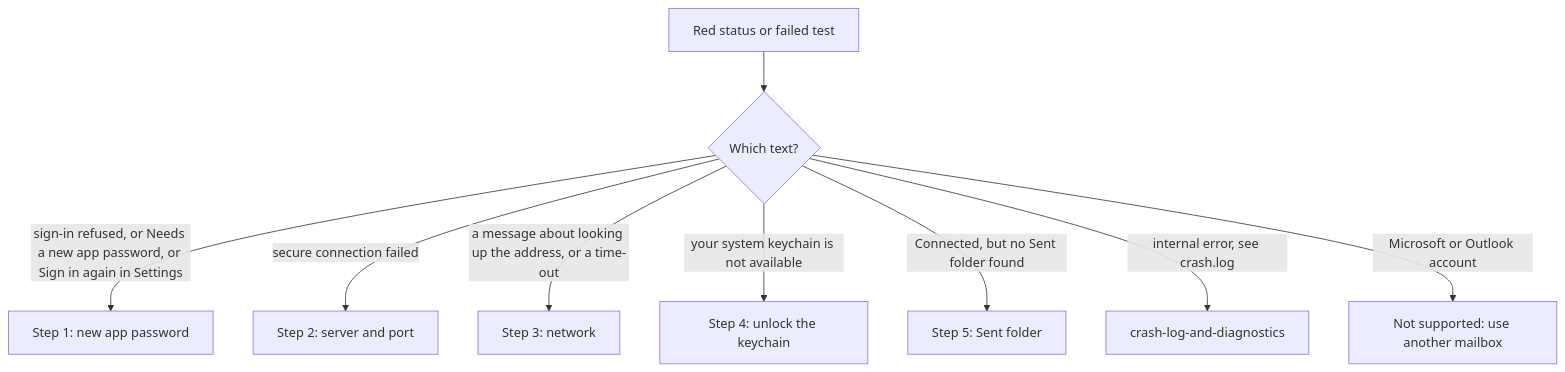
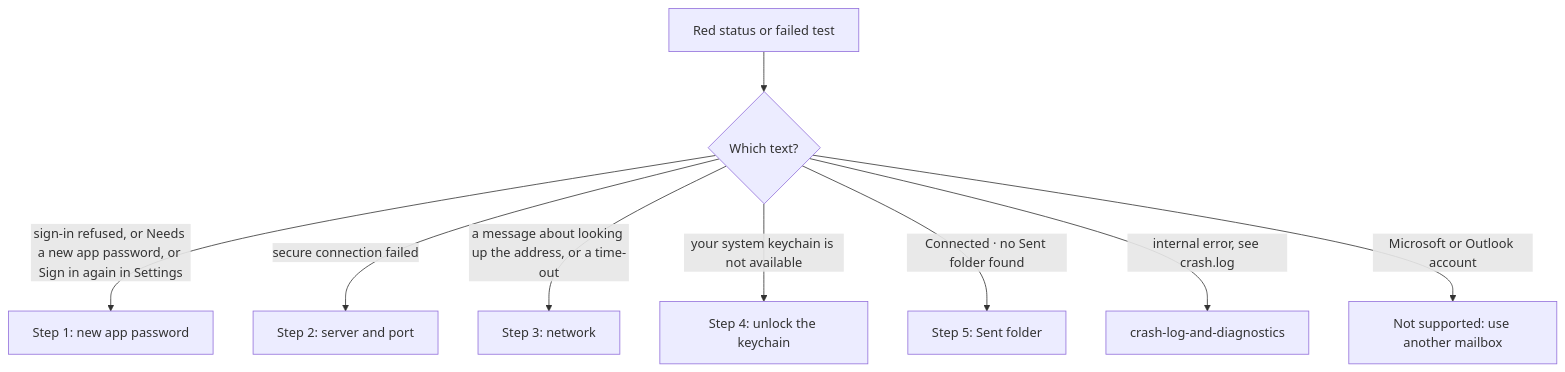
Before and after one commit to SarangVehale/email-todolist: the diagram in docs/runbooks/mailbox-wont-connect.md, drawn with Mermaid. The commit also changed 27 other files, not shown here.

````diff
--- a/docs/runbooks/mailbox-wont-connect.md
+++ b/docs/runbooks/mailbox-wont-connect.md
@@ -28,11 +28,11 @@
 ```mermaid
 flowchart TD
     A["Red status or failed test"] --> B{"Which text?"}
     B -- "sign-in refused, or Needs a new app password, or Sign in again in Settings" --> C["Step 1: new app password"]
     B -- "secure connection failed" --> D["Step 2: server and port"]
     B -- "a message about looking up the address, or a time-out" --> E["Step 3: network"]
     B -- "your system keychain is not available" --> F["Step 4: unlock the keychain"]
-    B -- "Connected, but no Sent folder found" --> G["Step 5: Sent folder"]
+    B -- "Connected · no Sent folder found" --> G["Step 5: Sent folder"]
     B -- "internal error, see crash.log" --> H["crash-log-and-diagnostics"]
     B -- "Microsoft or Outlook account" --> I["Not supported: use another mailbox"]
 ```
````
